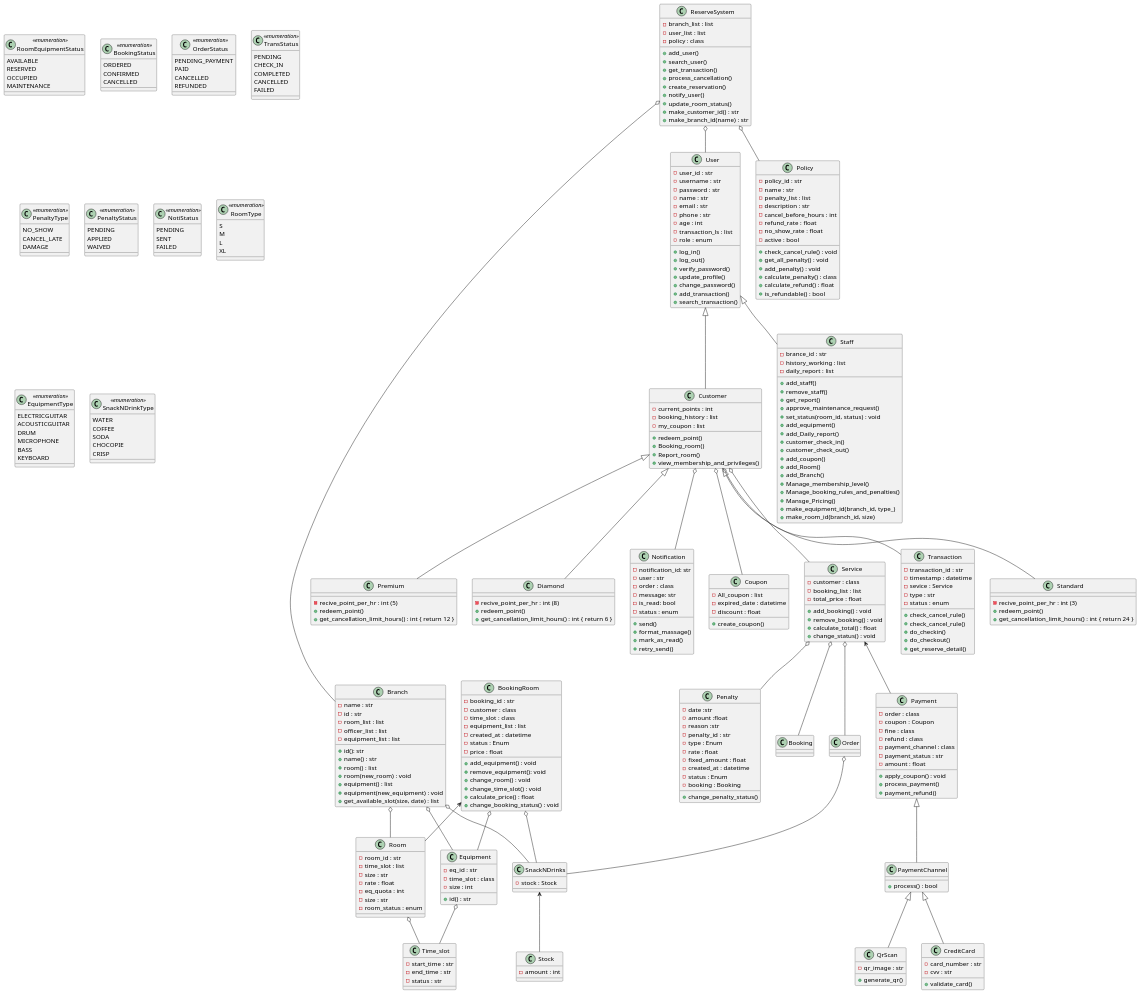
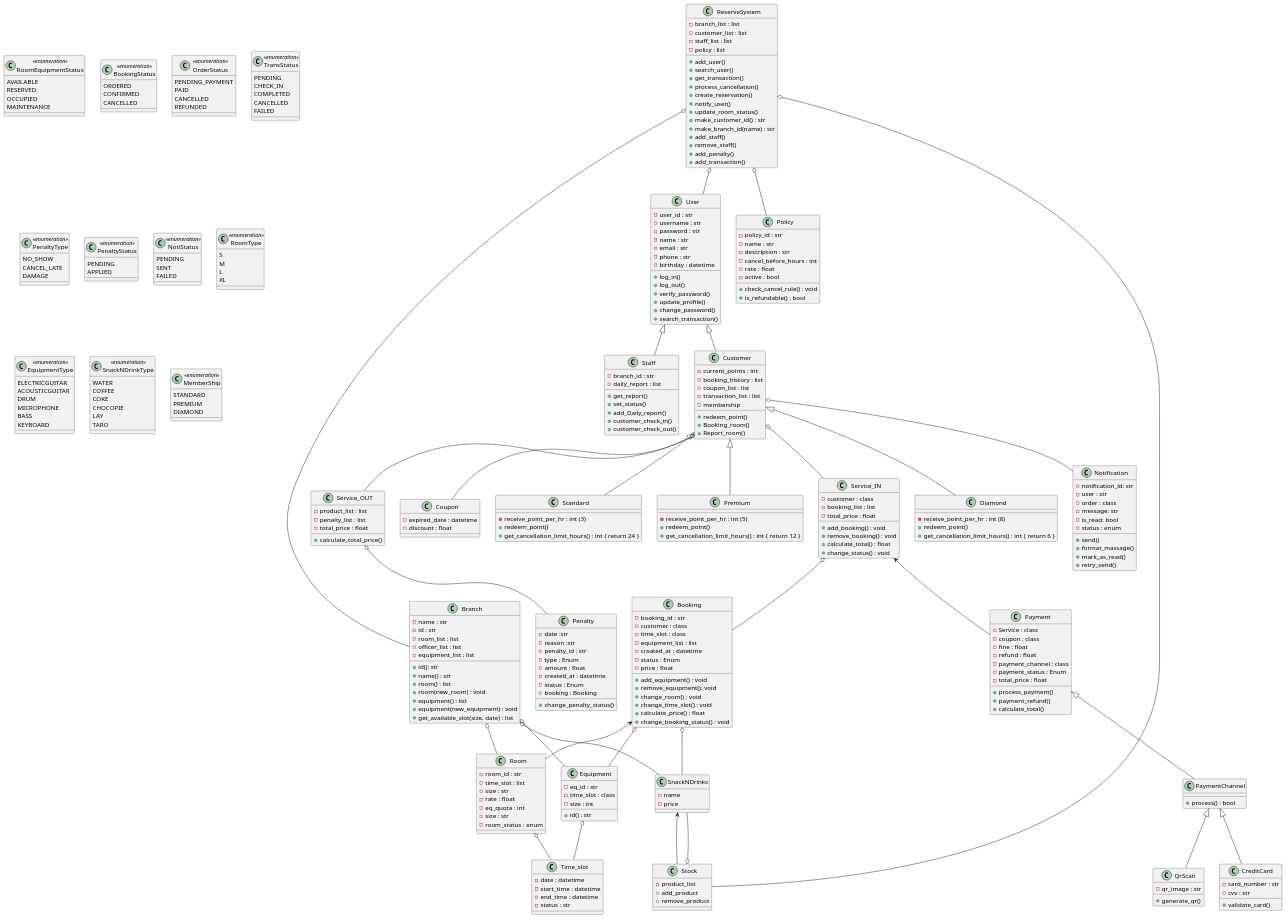
The diagram in diagram/class_diagram.puml (pjngth998/RhythmReserve), drawn with PlantUML before and after one commit.

Commit message:
edit class diagram almost final

```diff
--- a/diagram/class_diagram.puml
+++ b/diagram/class_diagram.puml
@@ -3,8 +3,9 @@
 
 class ReserveSystem{
     -branch_list : list
-    -user_list : list
-    -policy : class
+    -customer_list : list
+    -staff_list : list
+    -policy : list
     +add_user()
     +search_user()
     +get_transaction()
@@ -14,7 +15,10 @@
     +update_room_status()
     +make_customer_id() : str
     +make_branch_id(name) : str
-    
+    +add_staff()
+    +remove_staff()
+    +add_penalty()
+    +add_transaction()
 }
 
 class Branch{
@@ -51,8 +55,9 @@
 
 
 class Time_slot{
-    -start_time : str
-    -end_time : str
+    -date : datetime
+    -start_time : datetime
+    -end_time : datetime
     -status : str
 }
 
@@ -72,7 +77,7 @@
     CANCELLED
 }
 
-class BookingRoom {
+class Booking {
     -booking_id : str
     -customer : class
     -time_slot : class
@@ -96,7 +101,7 @@
     REFUNDED
 }
 
-class Service{
+class Service_IN{
     -customer : class
     -booking_list : list
     -total_price : float
@@ -123,17 +128,16 @@
 }
 
 class Payment{
-    -order : class
-    -coupon : Coupon
-    -fine : class
-    -refund : class
+    -Service : class
+    -coupon : class
+    -fine : float
+    -refund : float
     -payment_channel : class
-    -payment_status : str
-    -amount : float
-    +apply_coupon() : void
+    -payment_status : Enum
+    -total_price : float 
     +process_payment()
     +payment_refund()
-
+    +calculate_total()
 }
 class TransStatus <<enumeration>> {
     PENDING
@@ -142,19 +146,18 @@
     CANCELLED
     FAILED
 }
-class Transaction{
-    -transaction_id : str
-    -timestamp : datetime
-    -sevice : Service
-    -type : str
-    -status : enum
-    +check_cancel_rule()
-    +check_cancel_rule()
-    +do_checkin()
-    +do_checkout()
-    +get_reserve_detail()
-}
 
+' class Transaction{
+'     -transaction_id : str
+'     -timestamp : datetime
+'     -type : str
+'     -status : enum
+'     +check_cancel_rule()
+'     +check_cancel_rule()
+'     +do_checkin()
+'     +do_checkout()
+'     +get_reserve_detail()
+' }
 
 
 class User{
@@ -164,67 +167,51 @@
     -name : str
     -email : str
     -phone : str
-    -age : int
-    -transaction_ls : list
-    -role : enum
+    -birthday : datetime
     +log_in()
     +log_out()
     +verify_password()
     +update_profile()
     +change_password()
-    +add_transaction()
     +search_transaction()
-
 }
 
 class Staff{
-    -brance_id : str
-    -history_working : list
+    -branch_id : str
     -daily_report : list
-    +add_staff()
-    +remove_staff()
     +get_report()
-    +approve_maintenance_request()
-    +set_status(room_id, status) : void
-    +add_equipment()
+    +set_status() 
     +add_Daily_report()
     +customer_check_in()
     +customer_check_out()
-    +add_coupon()
-    +add_Room()
-    +add_Branch()
-    +Manage_membership_level()
-    +Manage_booking_rules_and_penalties()
-    +Mansge_Pricing()
-    +make_equipment_id(branch_id, type_)
-    +make_room_id(branch_id, size)
 }
 
 
 class Customer{
     -current_points : int
     -booking_history : list
-    -my_coupon : list
+    -coupon_list : list
+    -transaction_list : list 
+    -membership 
     +redeem_point()
     +Booking_room()
     +Report_room()
-    +view_membership_and_privileges()
 }
 
 class Standard{
-    -recive_point_per_hr : int (3)
+    -receive_point_per_hr : int (3)
     +redeem_point()
     +get_cancellation_limit_hours() : int { return 24 }
 }
 
 class Premium{
-    -recive_point_per_hr : int (5)
+    -receive_point_per_hr : int (5)
     +redeem_point()
     +get_cancellation_limit_hours() : int { return 12 }
 }
 
 class Diamond{
-    -recive_point_per_hr : int (8)
+    -receive_point_per_hr : int (8)
     +redeem_point()
     +get_cancellation_limit_hours() : int { return 6 }
 }
@@ -237,18 +224,15 @@
 
 class PenaltyStatus <<enumeration>> {
     PENDING      
-    APPLIED      
-    WAIVED       
+    APPLIED          
 }
 
 class Penalty {
     -date :str
-    -amount :float
     -reason :str
     - penalty_id : str
     - type : Enum 
-    - rate : float 
-    - fixed_amount : float
+    - amount : float
     - created_at : datetime
     - status : Enum 
     - booking : Booking
@@ -258,17 +242,11 @@
 class Policy{
     - policy_id : str
     - name : str
-    -penalty_list : list
     - description : str
     - cancel_before_hours : int
-    - refund_rate : float
-    - no_show_rate : float
+    - rate : float
     - active : bool
     +check_cancel_rule() : void
-    +get_all_penalty() : void
-    +add_penalty() : void
-    + calculate_penalty() : class
-    + calculate_refund() : float
     + is_refundable() : bool
 }
 
@@ -277,6 +255,7 @@
     SENT
     FAILED
 }
+
 class Notification{
     -notification_id: str
     -user : str
@@ -290,26 +269,29 @@
     +retry_send()
 }
 
+class Service_OUT {
+    -product_list : list
+    -penalty_list : list
+    -total_price : float
+    +calculate_total_price()
+}
+
 
 class Coupon{
-    -All_coupon : list
     -expired_date : datetime
     -discount : float
-    +create_coupon()
-
 }
 
-class Order{
-    
-}
-
-class SnackNDrinks{
-    -stock : Stock
+'to service_out
+class SnackNDrinks{ 
+    -name
+    -price
 }
 
 class Stock{
-    -amount : int
-
+    -product_list
+    +add_product
+    +remove_product
 }
 
 
@@ -332,15 +314,24 @@
 class SnackNDrinkType <<enumeration>> {
     WATER
     COFFEE
-    SODA
+    COKE
     CHOCOPIE
-    CRISP
+    LAY
+    TARO
+}
+
+class MemberShip <<enumeration>> {
+    STANDARD
+    PREMIUM
+    DIAMOND
 }
 
 
 
 
 ReserveSystem o-- User
+ReserveSystem o-- Stock
+Stock o-- SnackNDrinks
 User <|-- Staff
 User <|-- Customer
 Customer <|-- Standard
@@ -356,17 +347,16 @@
 Branch o-- Equipment
 Room o-- Time_slot
 Equipment o-- Time_slot
-Customer o-- Service
-Service o-- Booking
-Customer o-- Transaction
+Service_IN o-- Booking
+' Customer o-- Transaction
 Customer o-- Notification
-Service <-- Payment
-BookingRoom <-- Room
-BookingRoom o-- Equipment
-BookingRoom o-- SnackNDrinks
+Service_IN <-- Payment
+Booking <-- Room
+Booking o-- Equipment
+Booking o-- SnackNDrinks
 Branch o-- SnackNDrinks
-Service o-- Penalty
+Service_OUT o-- Penalty
+Customer o-- Service_OUT
+Customer o-- Service_IN
 SnackNDrinks <-- Stock
-Service o-- Order
-Order o-- SnackNDrinks
 @enduml
```
